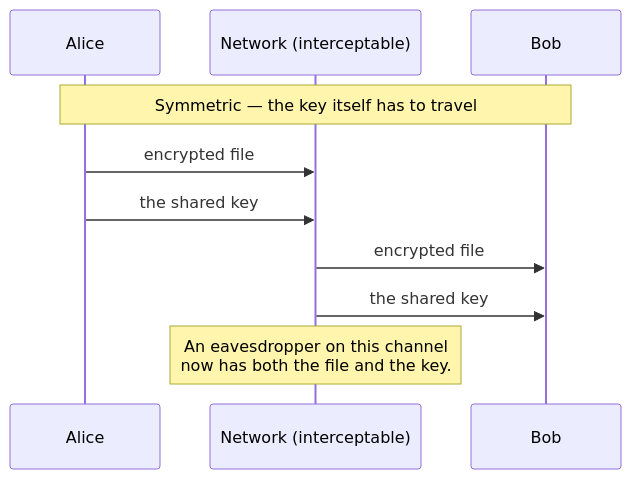
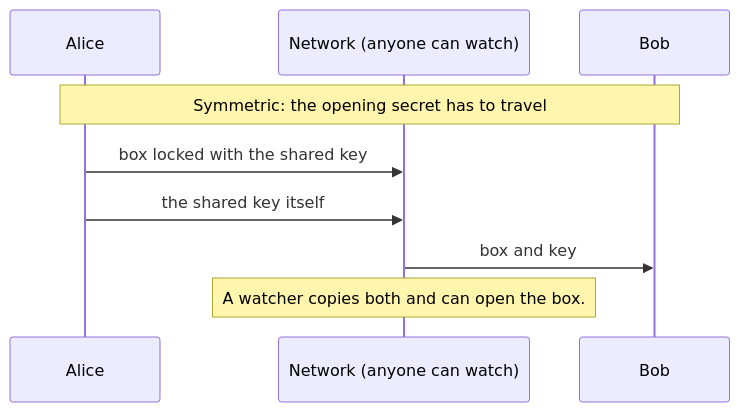
Before and after one commit to francoandreDev/knowledge: the first of 3 diagrams in src/content/security/symmetric-asymmetric-encryption-basics/L2-concept.mdx, drawn with Mermaid. The commit also changed other lines of this file and 3 other files, not shown here.

````diff
--- a/src/content/security/symmetric-asymmetric-encryption-basics/L2-concept.mdx
+++ b/src/content/security/symmetric-asymmetric-encryption-basics/L2-concept.mdx
@@ -33,12 +34,11 @@
 ```mermaid
 sequenceDiagram
     participant A as Alice
-    participant N as Network (interceptable)
+    participant N as Network (anyone can watch)
     participant B as Bob
-    Note over A,B: Symmetric — the key itself has to travel
-    A->>N: encrypted file
-    A->>N: the shared key
-    N->>B: encrypted file
-    N->>B: the shared key
-    Note over N: An eavesdropper on this channel<br/>now has both the file and the key.
+    Note over A,B: Symmetric: the opening secret has to travel
+    A->>N: box locked with the shared key
+    A->>N: the shared key itself
+    N->>B: box and key
+    Note over N: A watcher copies both and can open the box.
 ```
````
